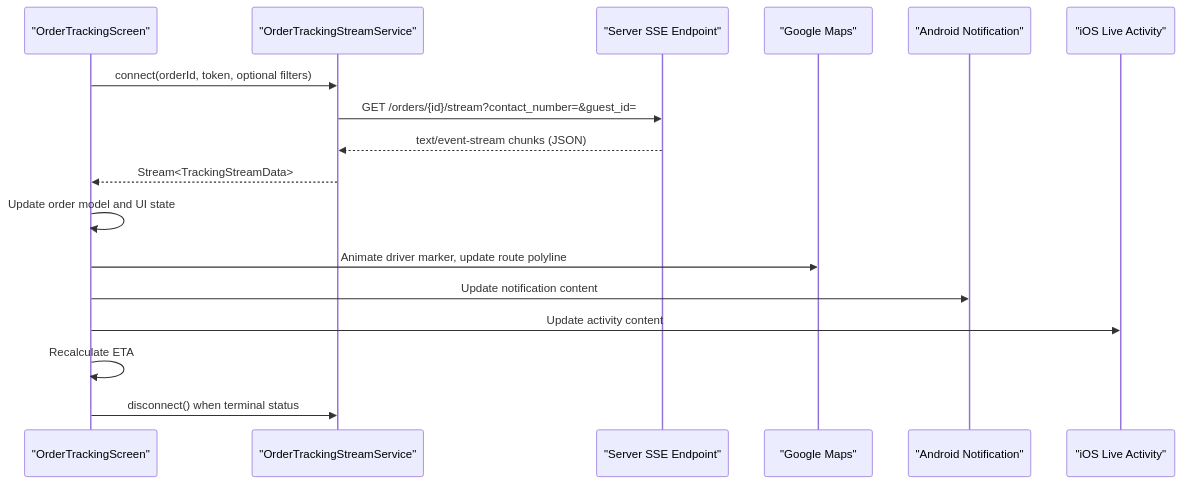
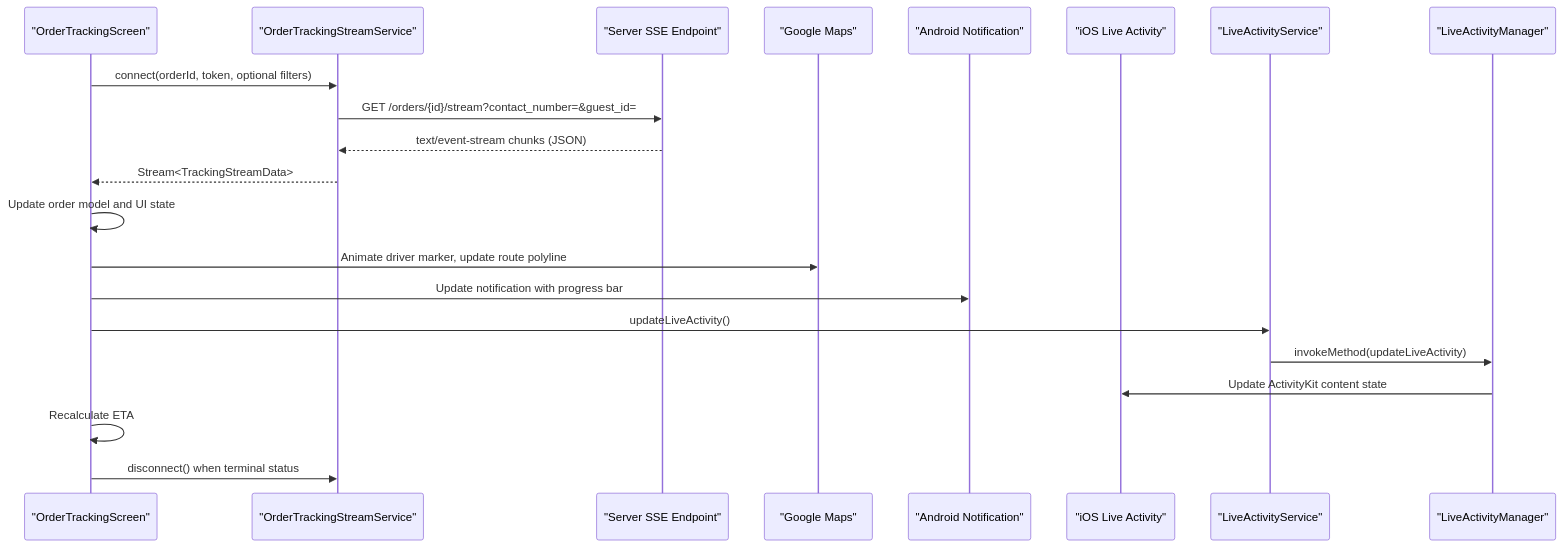
Before and after one commit to Hamdies/waddy_user: the second of 10 diagrams in .qoder/repowiki/en/content/Real-Time Communication/Live Order Tracking.md, drawn with Mermaid. The commit also changed other lines of this file and 773 other files, not shown here.

````diff
--- a/.qoder/repowiki/en/content/Real-Time Communication/Live Order Tracking.md
+++ b/.qoder/repowiki/en/content/Real-Time Communication/Live Order Tracking.md
@@ -95,19 +136,23 @@
 ```mermaid
 sequenceDiagram
 participant Client as "OrderTrackingScreen"
 participant Stream as "OrderTrackingStreamService"
 participant Backend as "Server SSE Endpoint"
 participant Map as "Google Maps"
-participant Notif as "Android Notification"
-participant Live as "iOS Live Activity"
+participant Android as "Android Notification"
+participant iOS as "iOS Live Activity"
+participant FlutterBridge as "LiveActivityService"
+participant SwiftBridge as "LiveActivityManager"
 Client->>Stream : connect(orderId, token, optional filters)
 Stream->>Backend : GET /orders/{id}/stream?contact_number=&guest_id=
 Backend-->>Stream : text/event-stream chunks (JSON)
 Stream-->>Client : Stream<TrackingStreamData>
 Client->>Client : Update order model and UI state
 Client->>Map : Animate driver marker, update route polyline
-Client->>Notif : Update notification content
-Client->>Live : Update activity content
+Client->>Android : Update notification with progress bar
+Client->>FlutterBridge : updateLiveActivity()
+FlutterBridge->>SwiftBridge : invokeMethod(updateLiveActivity)
+SwiftBridge->>iOS : Update ActivityKit content state
 Client->>Client : Recalculate ETA
 Client->>Stream : disconnect() when terminal status
 ```
````
